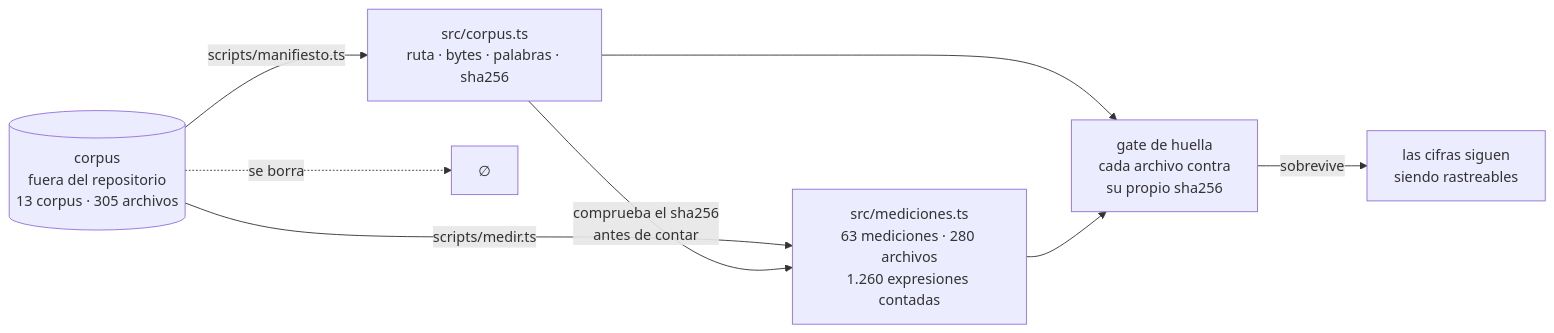
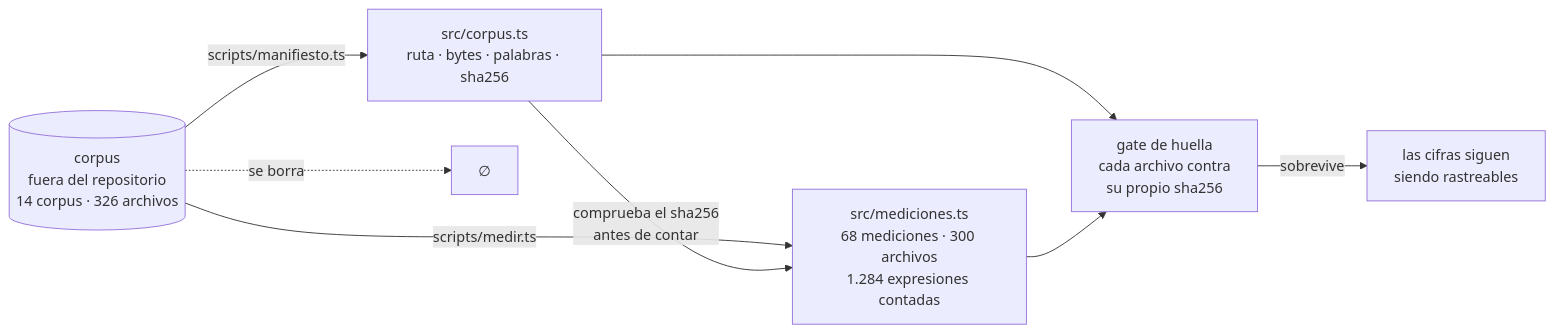
Before and after one commit to diegnghtmr/writing-harness: the third of 5 diagrams in README.md, drawn with Mermaid. The commit also changed other lines of this file and 21 other files, not shown here.

````diff
--- a/README.md
+++ b/README.md
@@ -248,15 +256,15 @@
 ```mermaid
 flowchart LR
-    C[("corpus<br/>fuera del repositorio<br/>13 corpus · 305 archivos")]
+    C[("corpus<br/>fuera del repositorio<br/>14 corpus · 326 archivos")]
 
     C -->|"scripts/manifiesto.ts"| M["src/corpus.ts<br/>ruta · bytes · palabras · sha256"]
-    C -->|"scripts/medir.ts"| ME["src/mediciones.ts<br/>63 mediciones · 280 archivos<br/>1.260 expresiones contadas"]
+    C -->|"scripts/medir.ts"| ME["src/mediciones.ts<br/>68 mediciones · 300 archivos<br/>1.284 expresiones contadas"]
 
     M -->|"comprueba el sha256<br/>antes de contar"| ME
 
     M --> G["gate de huella<br/>cada archivo contra<br/>su propio sha256"]
     ME --> G
 
     C -.->|"se borra"| X["∅"]
     G -->|"sobrevive"| S["las cifras siguen<br/>siendo rastreables"]
 ```
````
